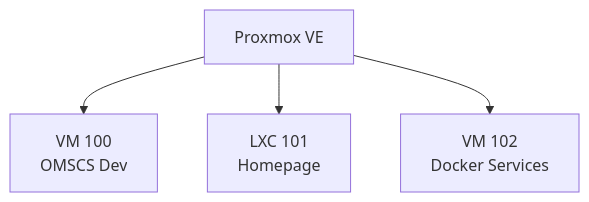
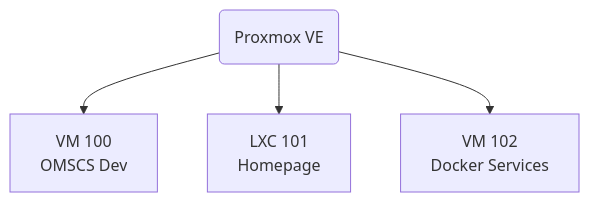
The first of 4 diagrams in site/content/blog/building-my-homelab-part2.md (jnanic/jnanic.github.io), drawn with Mermaid before and after one commit. The commit also changed other lines of this file and 3 other files, not shown here.

Commit message:
updated mermaind diagrams on rest of the blogs.

````diff
--- a/site/content/blog/building-my-homelab-part2.md
+++ b/site/content/blog/building-my-homelab-part2.md
@@ -68,11 +68,17 @@
 ```mermaid size=compact caption="Workload separation under Proxmox"
 flowchart TB
     accTitle: Workload separation under Proxmox
     accDescr: Proxmox runs three separated workloads: an OMSCS development virtual machine, a Homepage container, and a Docker Services virtual machine.
 
-    PVE["Proxmox VE"]
+    PVE("Proxmox VE")
+    DEV["VM 100<br/>OMSCS Dev"]
+    HOME["LXC 101<br/>Homepage"]
+    DOCKER["VM 102<br/>Docker Services"]
 
-    PVE --> DEV["VM 100<br/>OMSCS Dev"]
-    PVE --> HOME["LXC 101<br/>Homepage"]
-    PVE --> DOCKER["VM 102<br/>Docker Services"]
+    PVE --> DEV
+    PVE --> HOME
+    PVE --> DOCKER
+
+    class PVE source;
+    class DEV,HOME,DOCKER process;
 ```
````
